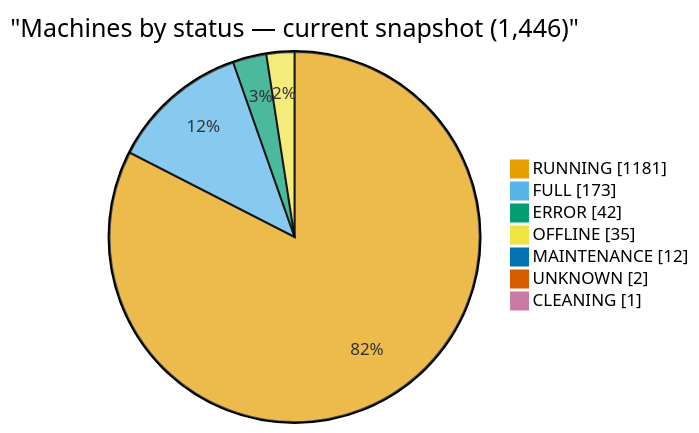
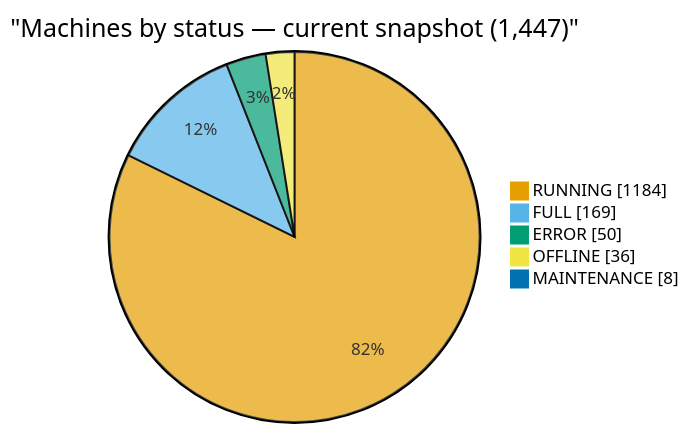
Before and after one commit to cheeaun/returnright-data: the first of 5 diagrams in ANALYSIS.md, drawn with Mermaid. The commit also changed other lines of this file and 4 other files, not shown here.

````diff
--- a/ANALYSIS.md
+++ b/ANALYSIS.md
@@ -22,23 +22,21 @@
 ```mermaid
 ---
 config:
   themeVariables:
     pie1: "#E69F00"
     pie2: "#56B4E9"
     pie3: "#009E73"
     pie4: "#F0E442"
     pie5: "#0072B2"
     pie6: "#D55E00"
     pie7: "#CC79A7"
     pie8: "#999999"
 ---
 pie showData
-    title "Machines by status — current snapshot (1,446)"
-    "RUNNING": 1181
-    "FULL": 173
-    "ERROR": 42
-    "OFFLINE": 35
-    "MAINTENANCE": 12
-    "UNKNOWN": 2
-    "CLEANING": 1
+    title "Machines by status — current snapshot (1,447)"
+    "RUNNING": 1184
+    "FULL": 169
+    "ERROR": 50
+    "OFFLINE": 36
+    "MAINTENANCE": 8
 ```
````
